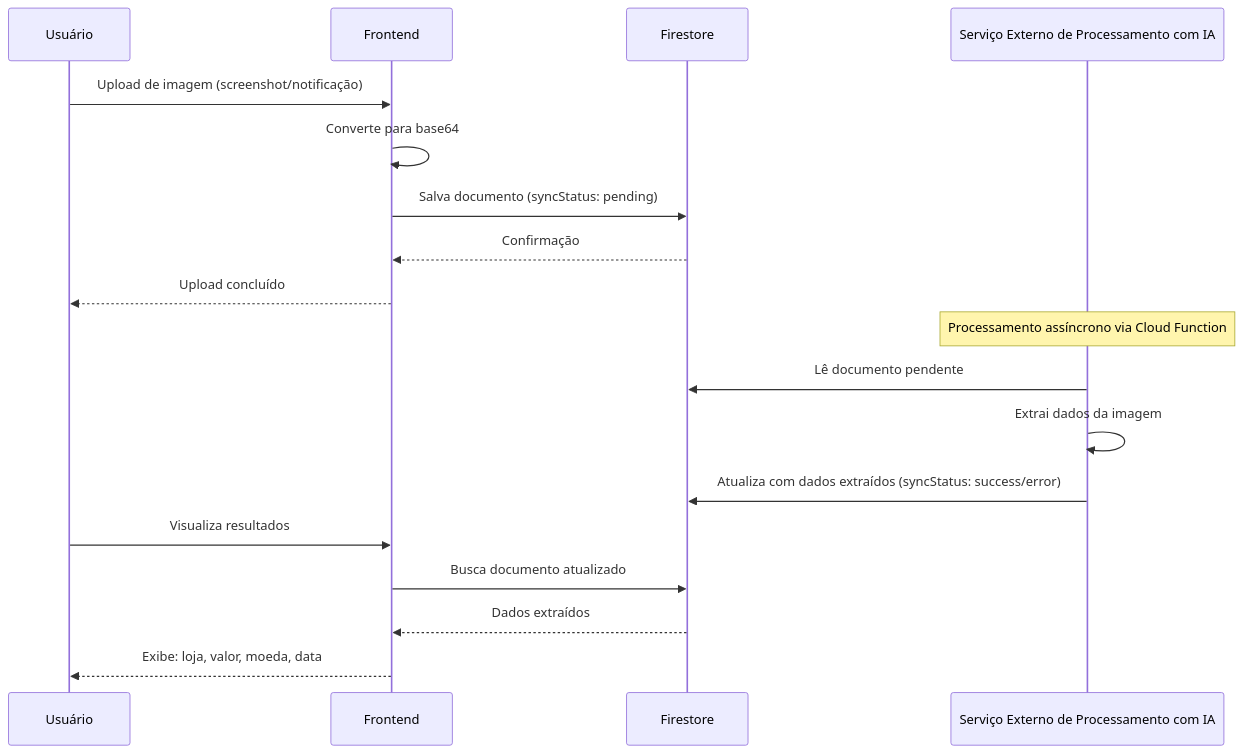
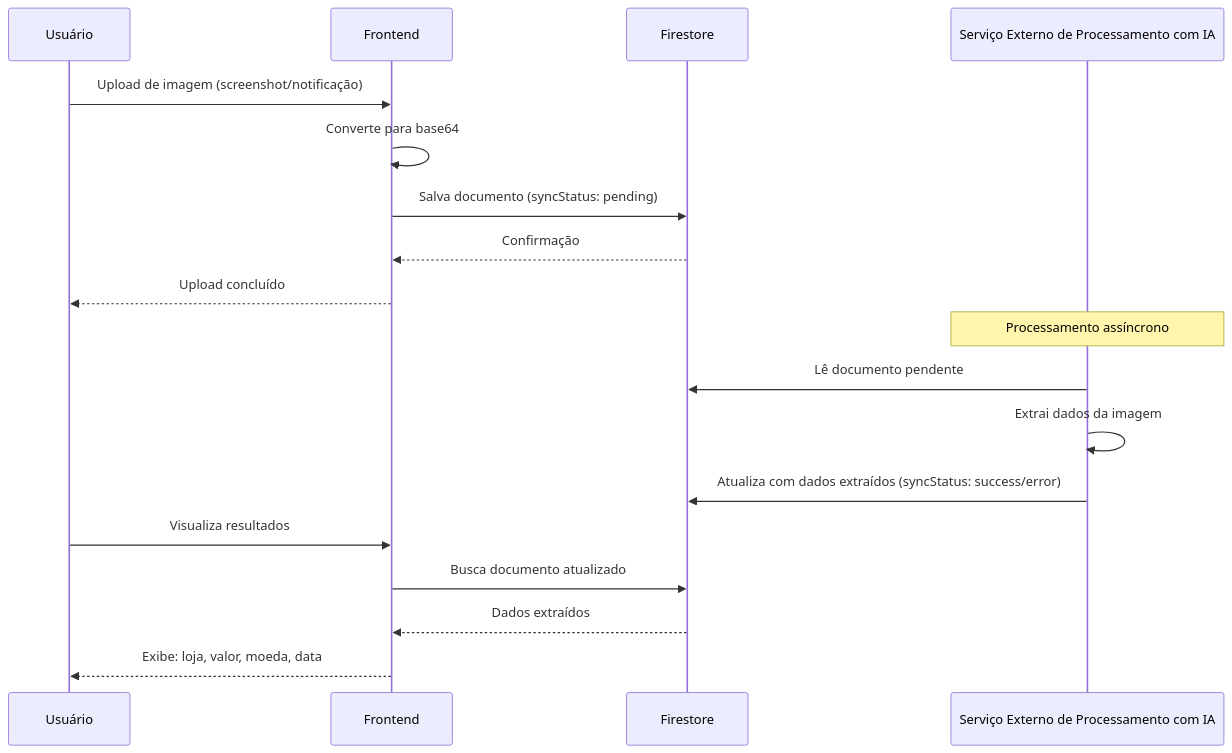
Before and after one commit to emmanuelviniciusdev/por.cool: the fourth of 7 diagrams in README.md, drawn with Mermaid.

````diff
--- a/README.md
+++ b/README.md
@@ -131,23 +131,23 @@
 ```mermaid
 sequenceDiagram
     participant U as Usuário
     participant F as Frontend
     participant FB as Firestore
     participant IA as Serviço Externo de Processamento com IA
 
     U->>F: Upload de imagem (screenshot/notificação)
     F->>F: Converte para base64
     F->>FB: Salva documento (syncStatus: pending)
     FB-->>F: Confirmação
     F-->>U: Upload concluído
 
-    Note over IA: Processamento assíncrono via Cloud Function
+    Note over IA: Processamento assíncrono
     IA->>FB: Lê documento pendente
     IA->>IA: Extrai dados da imagem
     IA->>FB: Atualiza com dados extraídos (syncStatus: success/error)
 
     U->>F: Visualiza resultados
     F->>FB: Busca documento atualizado
     FB-->>F: Dados extraídos
     F-->>U: Exibe: loja, valor, moeda, data
 ```
````
